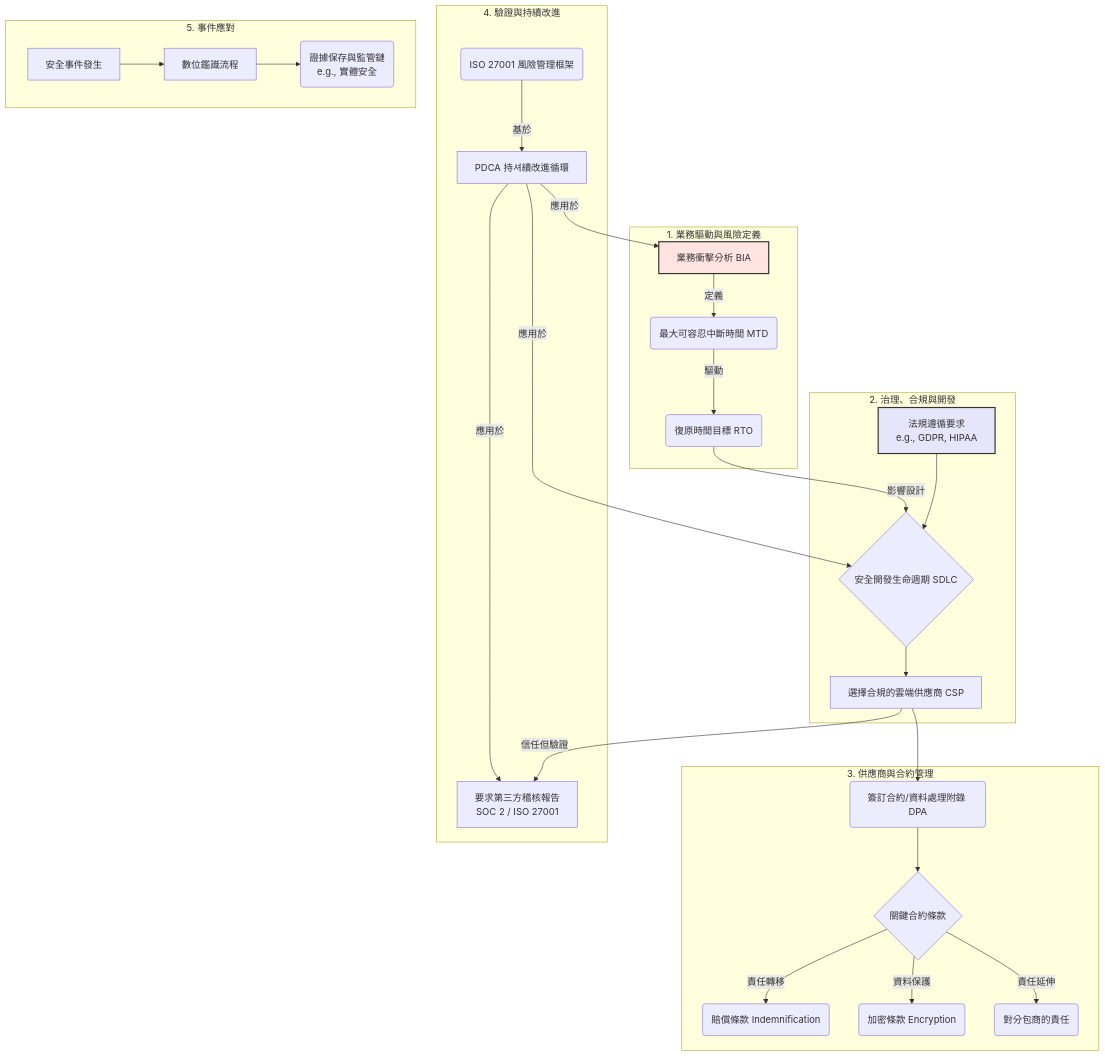
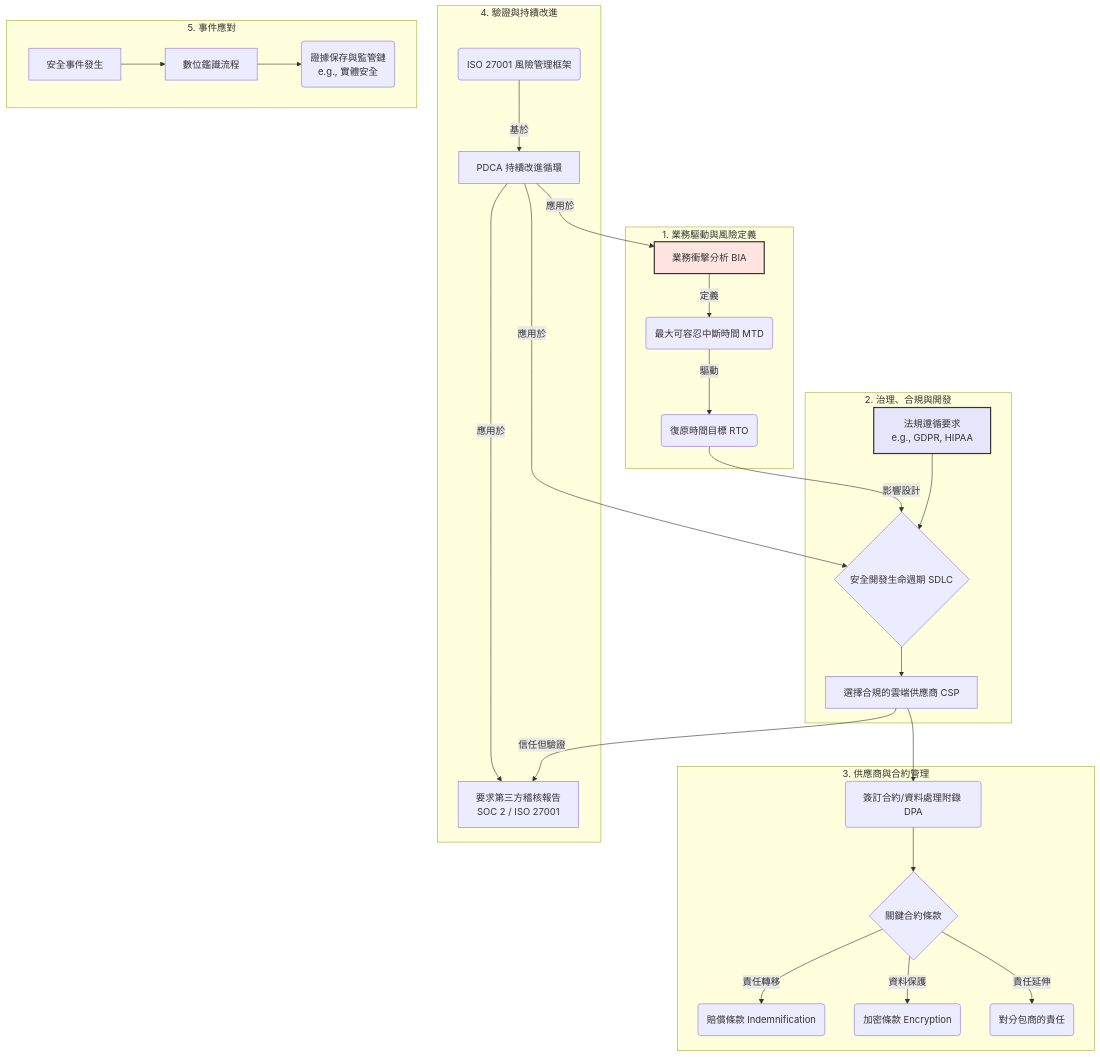
Before and after one commit to Twister5-com-tw-Dev-dep/CISSP-Mindset: the diagram in CCSP-d6-Simulation-test-1.md, drawn with Mermaid. The commit also changed other lines of this file, not shown here.

````diff
--- a/CCSP-d6-Simulation-test-1.md
+++ b/CCSP-d6-Simulation-test-1.md
@@ -8,38 +7,37 @@
 ```mermaid
 graph TD
     subgraph "1. 業務驅動與風險定義"
-        A[業務衝擊分析 BIA] -->|定義| B(最大可容忍中斷時間 MTD);
-        B -->|驅動| C(復原時間目標 RTO);
+        A[業務衝擊分析 BIA] -->|定義| B(最大可容忍中斷時間 MTD)
+        B -->|驅動| C(復原時間目標 RTO)
     end
 
     subgraph "2. 治理、合規與開發"
-        D[法規遵循要求<br>e.g., GDPR, HIPAA] --> E{安全開發生命週期 SDLC};
-        C -->|影響設計| E;
-        E --> F[選擇合規的雲端供應商 CSP];
+        D[法規遵循要求<br>e.g., GDPR, HIPAA] --> E{安全開發生命週期 SDLC}
+        C -->|影響設計| E
+        E --> F[選擇合規的雲端供應商 CSP]
     end
 
     subgraph "3. 供應商與合約管理"
-        F --> G(簽訂合約/資料處理附錄 DPA);
-        G --> H{關鍵合約條款};
-        H -- 責任轉移 --> I(賠償條款 Indemnification);
-        H -- 資料保護 --> J(加密條款 Encryption);
-        H -- 責任延伸 --> K(對分包商的責任);
+        F --> G(簽訂合約/資料處理附錄 DPA)
+        G --> H{關鍵合約條款}
+        H -- 責任轉移 --> I(賠償條款 Indemnification)
+        H -- 資料保護 --> J(加密條款 Encryption)
+        H -- 責任延伸 --> K(對分包商的責任)
     end
 
     subgraph "4. 驗證與持續改進"
-        F -- 信任但驗證 --> L[要求第三方稽核報告<br>SOC 2 / ISO 27001];
-        M(ISO 27001 風險管理框架) -- 基於 --> N[PDCA 持셔續改進循環];
-        N -->|應用於| A;
-        N -->|應用於| E;
-        N -->|應用於| L;
+        F -- 信任但驗證 --> L[要求第三方稽核報告<br>SOC 2 / ISO 27001]
+        M(ISO 27001 風險管理框架) -- 基於 --> N[PDCA 持續改進循環]
+        N -->|應用於| A
+        N -->|應用於| E
+        N -->|應用於| L
     end
-    
+
     subgraph "5. 事件應對"
-        P[安全事件發生] --> Q[數位鑑識流程];
-        Q --> R(證據保存與監管鏈<br>e.g., 實體安全);
+        P[安全事件發生] --> Q[數位鑑識流程]
+        Q --> R(證據保存與監管鏈<br>e.g., 實體安全)
     end
 
     style A fill:#ffe4e1,stroke:#333,stroke-width:2px
     style D fill:#e6e6fa,stroke:#333,stroke-width:2px
-
 ```
````
